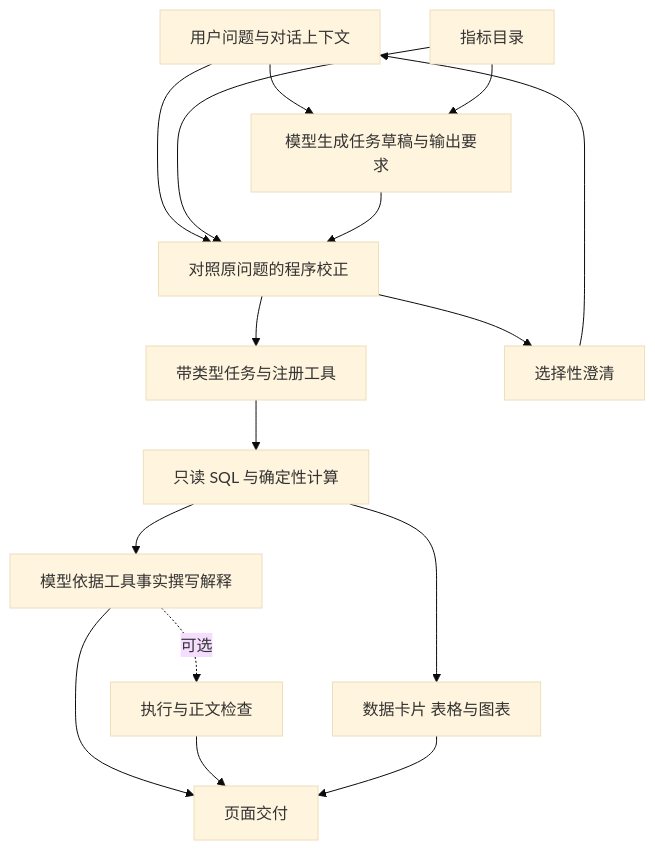
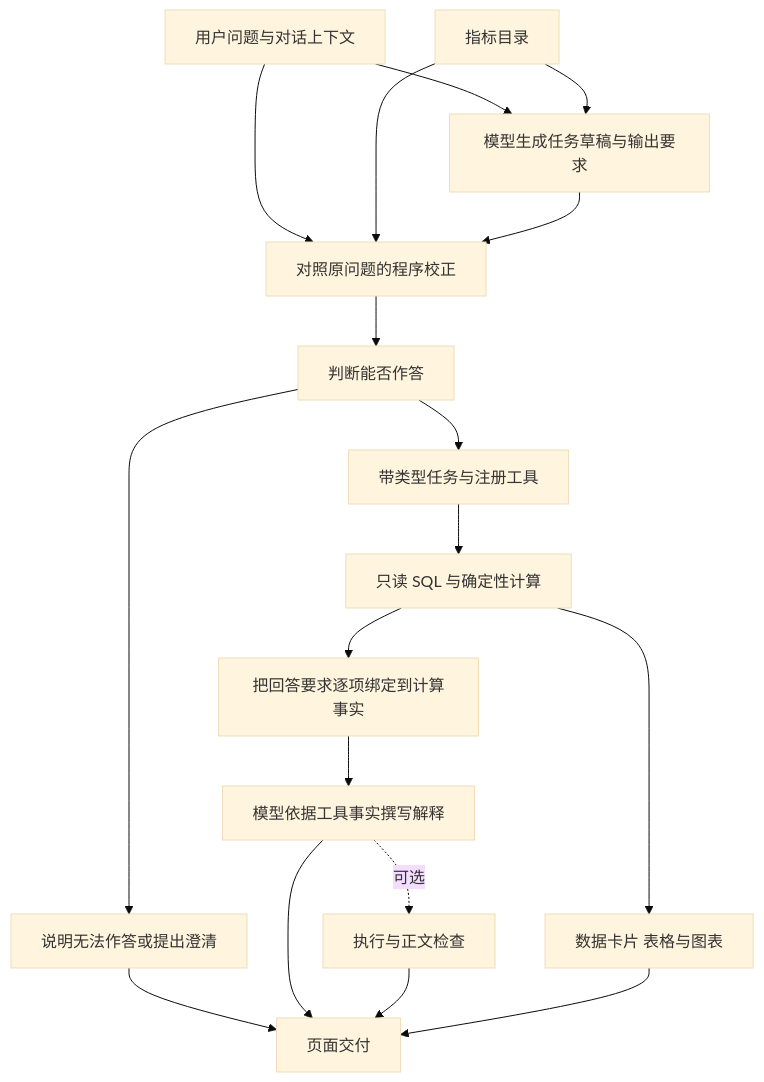
Before and after one commit to Xiaxin1235/EduTA: the diagram in docs/ARCHITECTURE.md, drawn with Mermaid (base theme). The commit also changed other lines of this file and 3 other files, not shown here.

````diff
--- a/docs/ARCHITECTURE.md
+++ b/docs/ARCHITECTURE.md
@@ -7,18 +7,20 @@
 ```mermaid
 flowchart TD
     Q[用户问题与对话上下文] --> P[模型生成任务草稿与输出要求]
     C[指标目录] --> P
     Q --> R[对照原问题的程序校正]
     C --> R
     P --> R
-    R --> T[带类型任务与注册工具]
-    R --> A[选择性澄清]
-    A --> Q
+    R --> G[判断能否作答]
+    G --> T[带类型任务与注册工具]
+    G --> A[说明无法作答或提出澄清]
+    A --> F
     T --> D[只读 SQL 与确定性计算]
     D --> V[数据卡片 表格与图表]
-    D --> W[模型依据工具事实撰写解释]
+    D --> B[把回答要求逐项绑定到计算事实]
+    B --> W[模型依据工具事实撰写解释]
     W --> F[页面交付]
     W -. 可选 .-> K[执行与正文检查]
     K --> F
     V --> F
 ```
````
